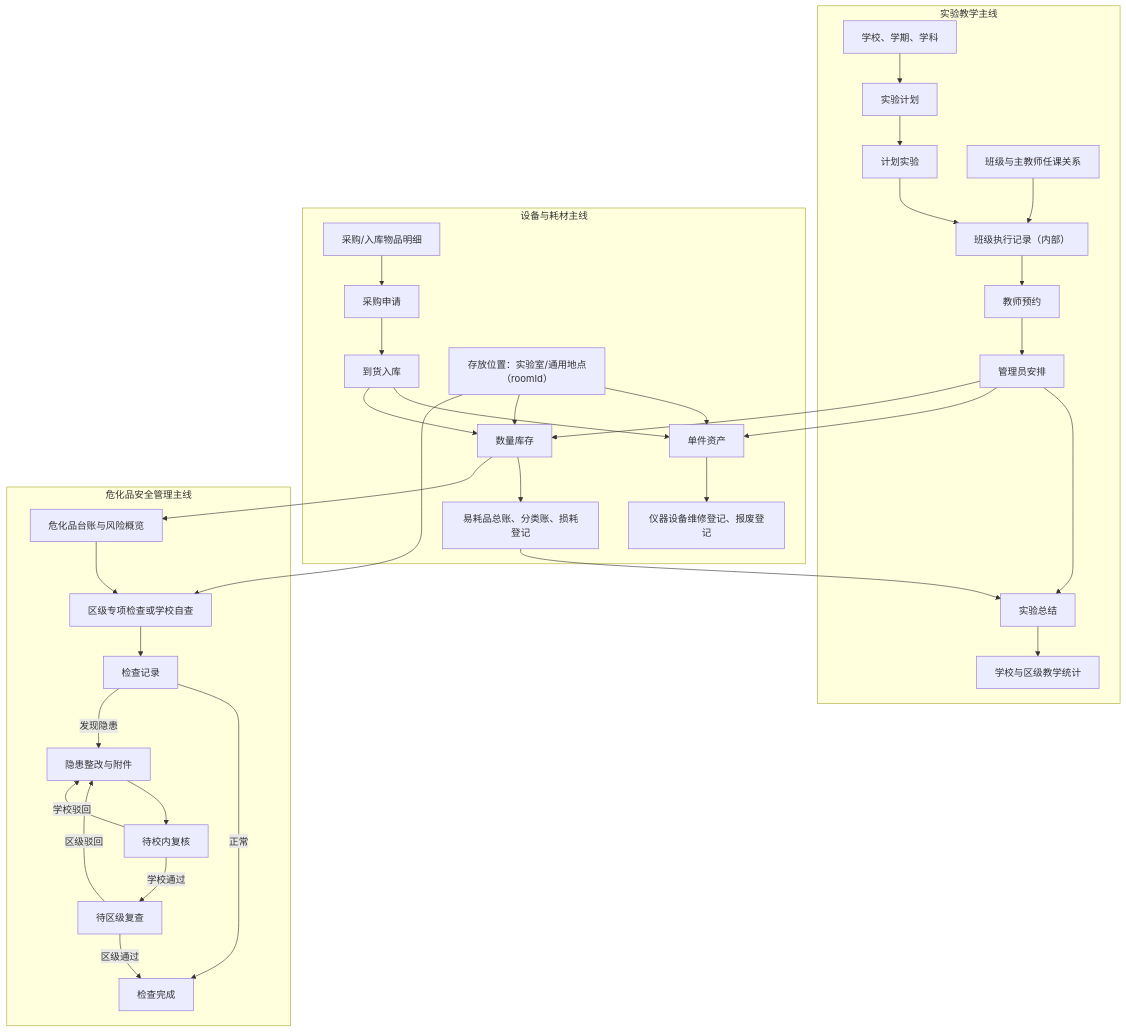
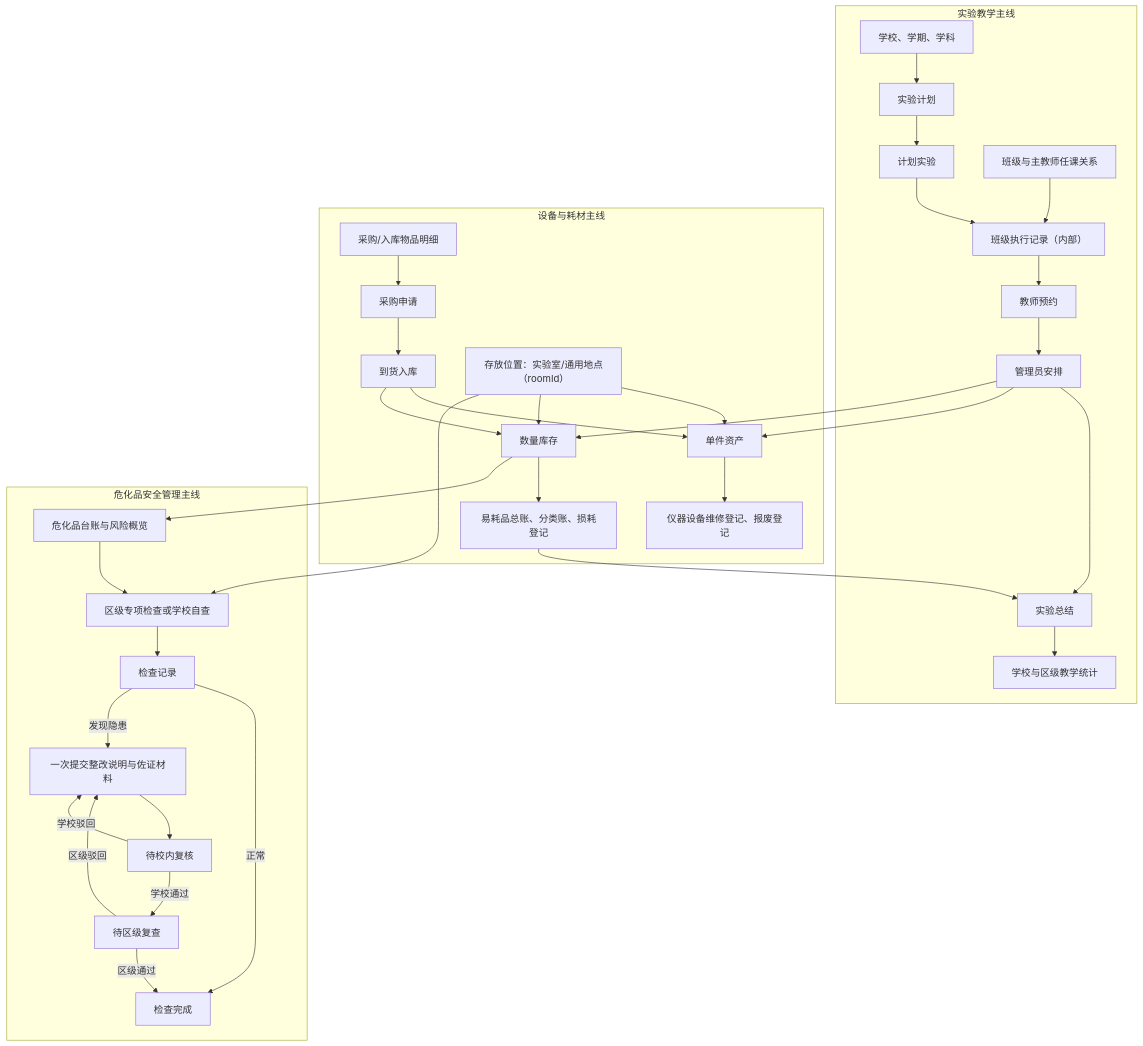
Before and after one commit to AlettaOkori/Qingpu_LaboratoryManagementSystem: the first of 11 diagrams in new-demo/当前Demo业务流程与数据关系闭环评估报告.md, drawn with Mermaid. The commit also changed other lines of this file and 4 other files, not shown here.

````diff
--- a/new-demo/当前Demo业务流程与数据关系闭环评估报告.md
+++ b/new-demo/当前Demo业务流程与数据关系闭环评估报告.md
@@ -53,42 +53,42 @@
 ```mermaid
 flowchart TB
   subgraph T[实验教学主线]
     T1[学校、学期、学科] --> T2[实验计划]
     T2 --> T3[计划实验]
     T4[班级与主教师任课关系] --> T5[班级执行记录（内部）]
     T3 --> T5
     T5 --> T6[教师预约]
     T6 --> T7[管理员安排]
     T7 --> T8[实验总结]
     T8 --> T9[学校与区级教学统计]
   end
 
   subgraph R[设备与耗材主线]
     R1[采购/入库物品明细] --> R2[采购申请]
     R2 --> R3[到货入库]
     R3 --> R4[单件资产]
     R3 --> R5[数量库存]
     R6[存放位置：实验室/通用地点（roomId）] --> R4
     R6 --> R5
     R4 --> R7[仪器设备维修登记、报废登记]
     R5 --> R8[易耗品总账、分类账、损耗登记]
   end
 
   subgraph S[危化品安全管理主线]
     S1[危化品台账与风险概览] --> S2[区级专项检查或学校自查]
     S2 --> S3[检查记录]
     S3 -->|正常| S6[检查完成]
-    S3 -->|发现隐患| S4[隐患整改与附件]
+    S3 -->|发现隐患| S4[一次提交整改说明与佐证材料]
     S4 --> S5[待校内复核]
     S5 -->|学校通过| S7[待区级复查]
     S5 -->|学校驳回| S4
     S7 -->|区级通过| S6
     S7 -->|区级驳回| S4
   end
 
   R5 --> S1
   R6 --> S2
   T7 --> R4
   T7 --> R5
   R8 --> T8
 ```
````
